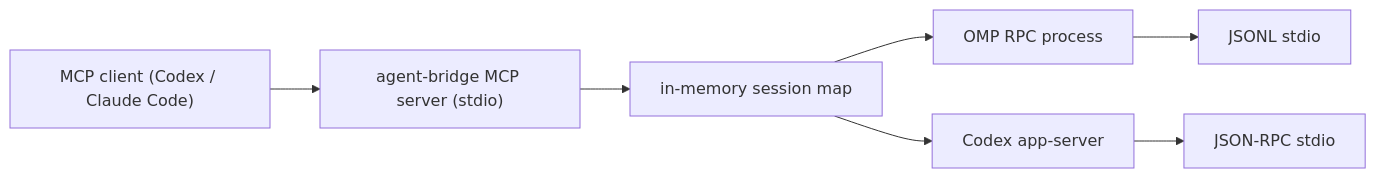
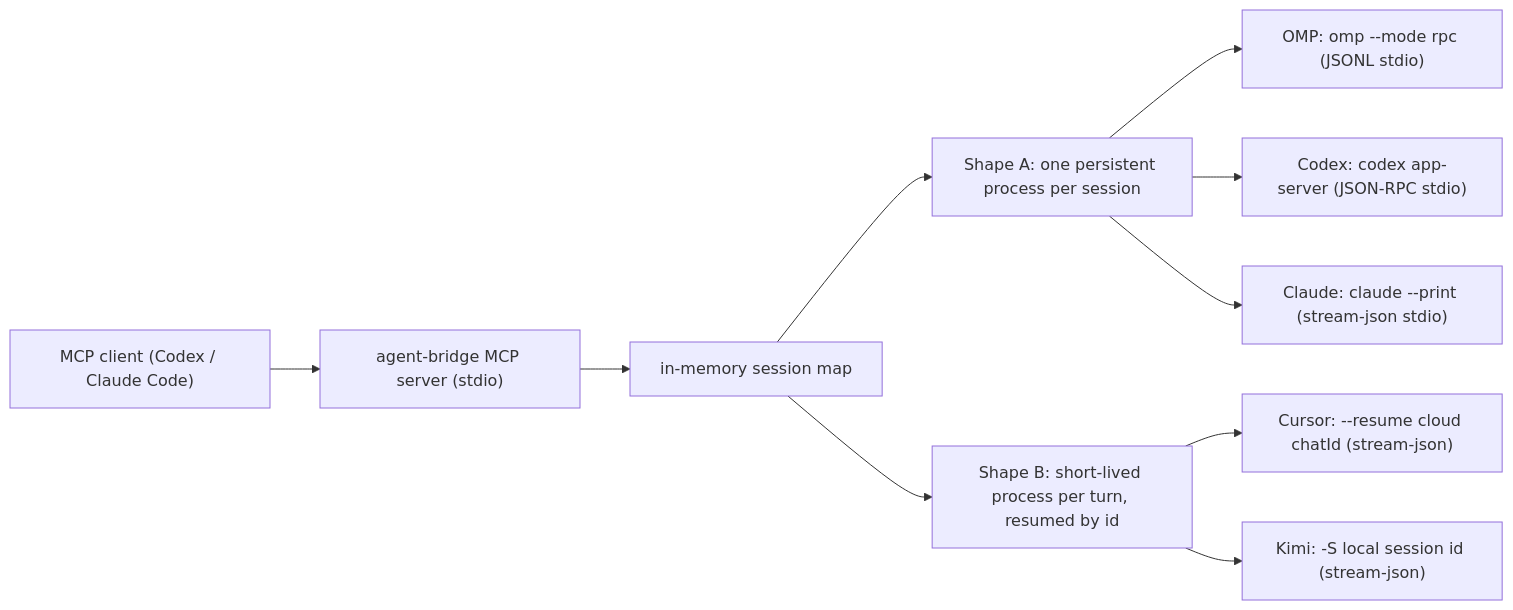
Before and after one commit to LeoWang329/agent-bridge: the diagram in docs/DEVELOPMENT.md, drawn with Mermaid. The commit also changed other lines of this file and 6 other files, not shown here.

First line of the commit message:
docs(kimi): rollout 复审修复 — DEVELOPMENT 补到五后端 + §8 权限映射 + provider list --json

````diff
--- a/docs/DEVELOPMENT.md
+++ b/docs/DEVELOPMENT.md
@@ -26,9 +31,12 @@
 ```mermaid
 flowchart LR
   Client["MCP client (Codex / Claude Code)"] --> Bridge["agent-bridge MCP server (stdio)"]
   Bridge --> Sessions["in-memory session map"]
-  Sessions --> OMP["OMP RPC process"]
-  Sessions --> CDX["Codex app-server"]
-  OMP --> OMPIO["JSONL stdio"]
-  CDX --> CDXIO["JSON-RPC stdio"]
+  Sessions --> ShapeA["Shape A: one persistent process per session"]
+  Sessions --> ShapeB["Shape B: short-lived process per turn, resumed by id"]
+  ShapeA --> OMP["OMP: omp --mode rpc (JSONL stdio)"]
+  ShapeA --> CDX["Codex: codex app-server (JSON-RPC stdio)"]
+  ShapeA --> CLA["Claude: claude --print (stream-json stdio)"]
+  ShapeB --> CUR["Cursor: --resume cloud chatId (stream-json)"]
+  ShapeB --> KIM["Kimi: -S local session id (stream-json)"]
 ```
````
